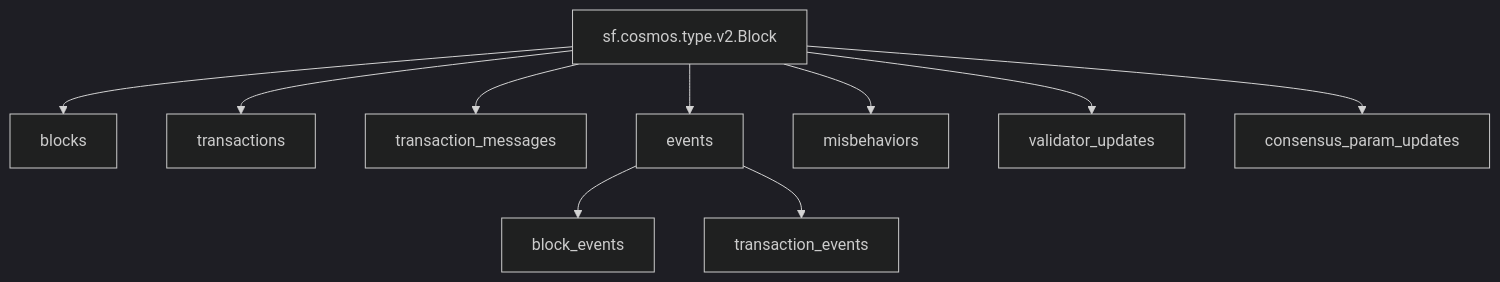
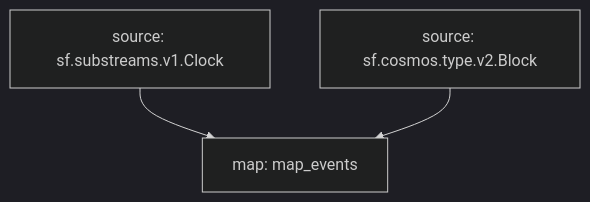
One commit to pinax-network/substreams-raw-blocks changed the diagram in blocks/cosmos/README.md. Above: the diagram before and after it, drawn with Mermaid (dark theme). The commit also changed other lines of this file and 26 other files, not shown here.

````diff
--- a/blocks/cosmos/README.md
+++ b/blocks/cosmos/README.md
@@ -16,14 +18,6 @@
 ```mermaid
 graph TD;
-  raw[sf.cosmos.type.v2.Block];
-    raw --> blocks;
-    raw --> transactions;
-    raw --> transaction_messages;
-    raw --> events;
-    raw --> misbehaviors;
-    raw --> validator_updates;
-    raw --> consensus_param_updates;
-    
-    events --> block_events;
-    events --> transaction_events;
+  map_events[map: map_events];
+  sf.substreams.v1.Clock[source: sf.substreams.v1.Clock] --> map_events;
+  sf.cosmos.type.v2.Block[source: sf.cosmos.type.v2.Block] --> map_events;
 ```
````
